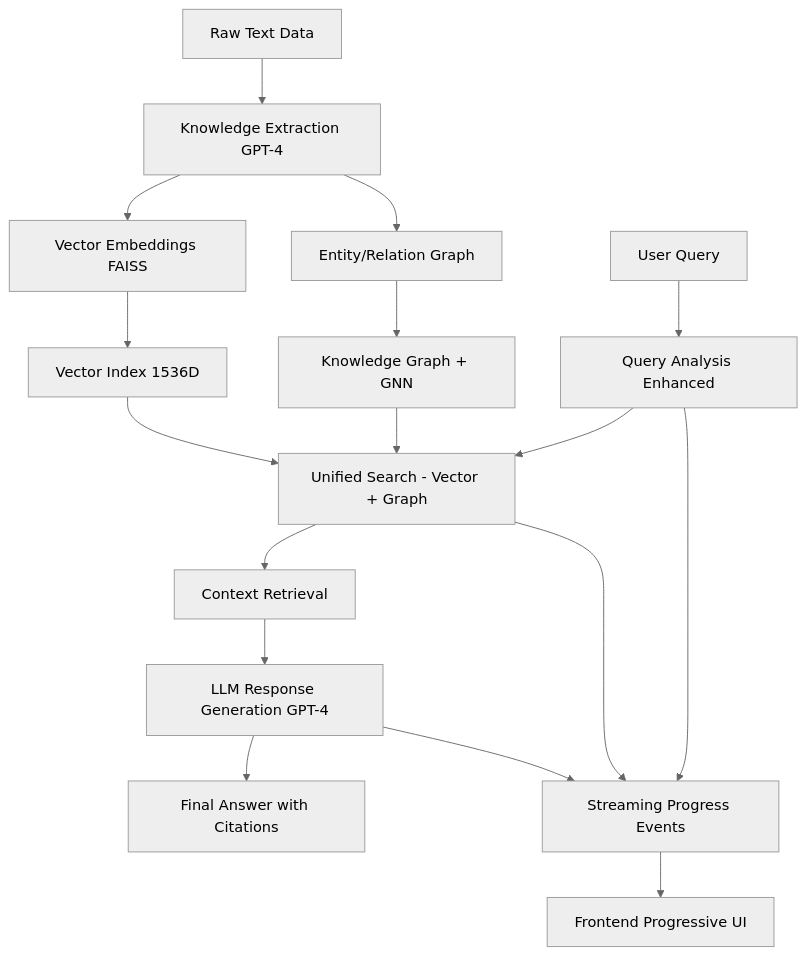
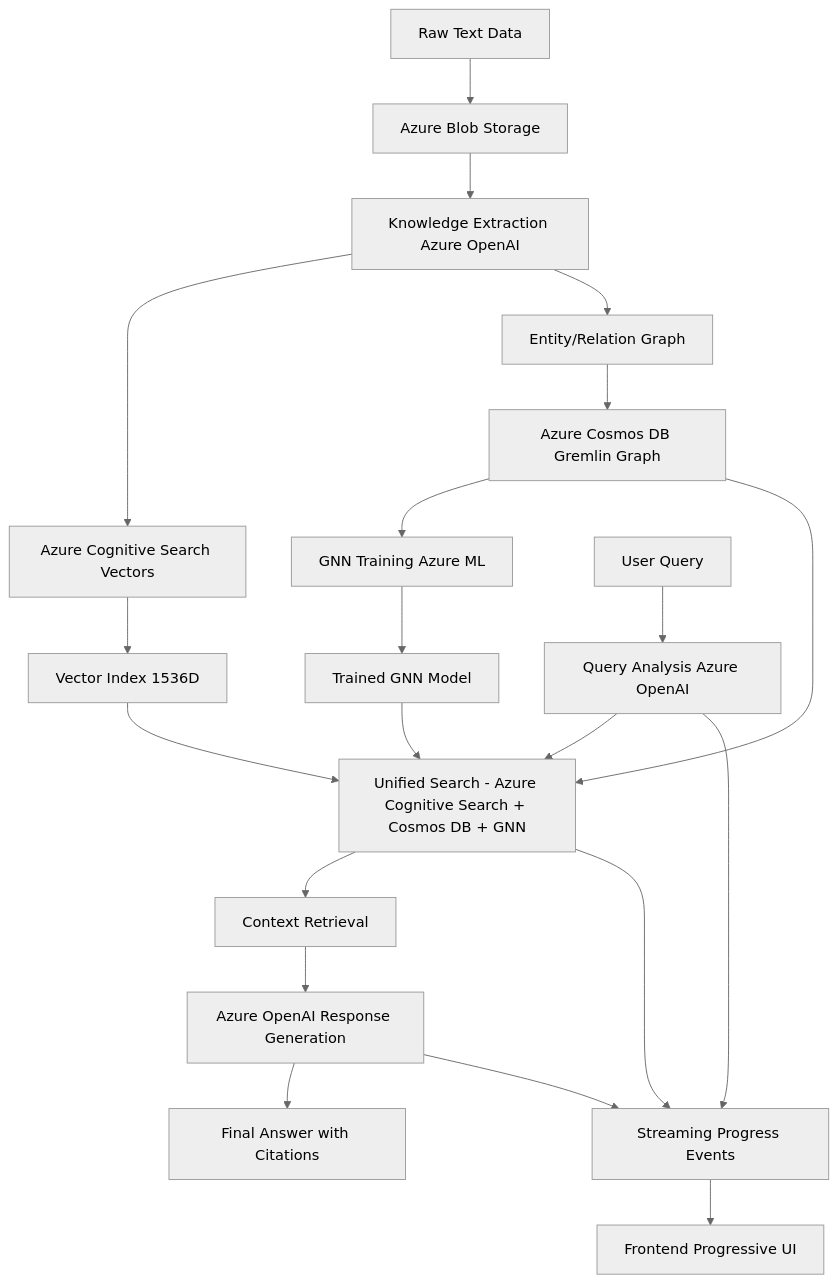
Before and after one commit to david3xu/azure-maintie-rag: the diagram in README.md, drawn with Mermaid (neutral theme). The commit also changed other lines of this file and 59 other files, not shown here.

````diff
--- a/README.md
+++ b/README.md
@@ -331,21 +396,25 @@
 ```mermaid
 graph TD
-    A[Raw Text Data] --> B[Knowledge Extraction GPT-4]
-    B --> C[Vector Embeddings FAISS]
-    B --> D[Entity/Relation Graph]
-    C --> E[Vector Index 1536D]
-    D --> F[Knowledge Graph + GNN]
-    G[User Query] --> H[Query Analysis Enhanced]
-    H --> I[Unified Search - Vector + Graph]
-    F --> I
-    E --> I
-    I --> K[Context Retrieval]
-    K --> L[LLM Response Generation GPT-4]
-    L --> M[Final Answer with Citations]
+    A[Raw Text Data] --> B[Azure Blob Storage]
+    B --> C[Knowledge Extraction Azure OpenAI]
+    C --> D[Azure Cognitive Search Vectors]
+    C --> E[Entity/Relation Graph]
+    D --> F[Vector Index 1536D]
+    E --> G[Azure Cosmos DB Gremlin Graph]
+    G --> H[GNN Training Azure ML]
+    H --> I[Trained GNN Model]
+    J[User Query] --> K[Query Analysis Azure OpenAI]
+    K --> L[Unified Search - Azure Cognitive Search + Cosmos DB + GNN]
+    G --> L
+    F --> L
+    I --> L
+    L --> M[Context Retrieval]
+    M --> N[Azure OpenAI Response Generation]
+    N --> O[Final Answer with Citations]
 
     %% Real-time streaming
-    H --> N[Streaming Progress Events]
-    I --> N
-    L --> N
-    N --> O[Frontend Progressive UI]
+    K --> P[Streaming Progress Events]
+    L --> P
+    N --> P
+    P --> Q[Frontend Progressive UI]
 ```
````
